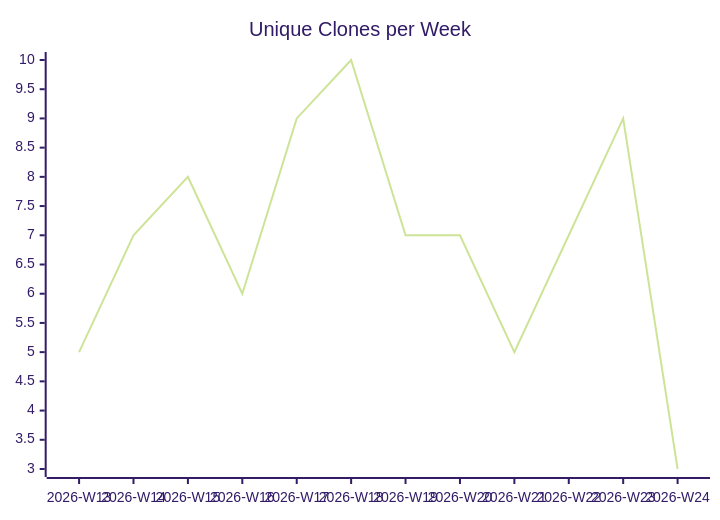
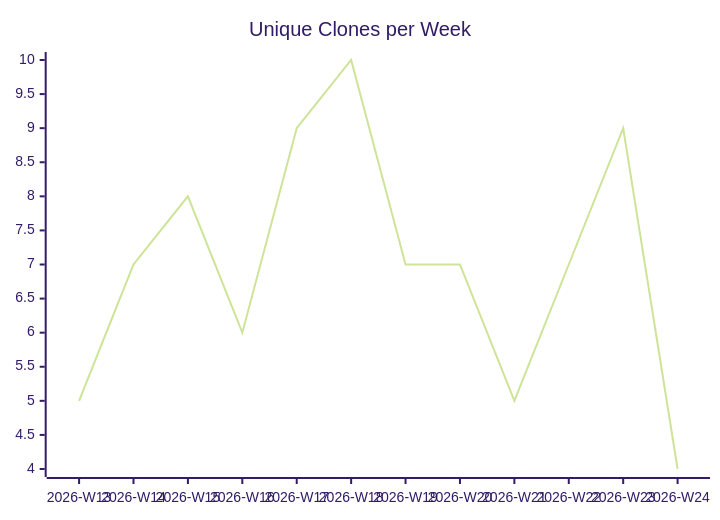
Before and after one commit to justdavis-family/github-analytics-data: the third of 3 diagrams in karlmdavis/ansible-role-jenkins2/README.md, drawn with Mermaid (forest theme). The commit also changed other lines of this file and 195 other files, not shown here.

````diff
--- a/karlmdavis/ansible-role-jenkins2/README.md
+++ b/karlmdavis/ansible-role-jenkins2/README.md
@@ -19,6 +19,6 @@
 ```mermaid
 xychart-beta
   title "Unique Clones per Week"
   x-axis ["2026-W13", "2026-W14", "2026-W15", "2026-W16", "2026-W17", "2026-W18", "2026-W19", "2026-W20", "2026-W21", "2026-W22", "2026-W23", "2026-W24"]
-  line [5, 7, 8, 6, 9, 10, 7, 7, 5, 7, 9, 3]
+  line [5, 7, 8, 6, 9, 10, 7, 7, 5, 7, 9, 4]
 ```
````
